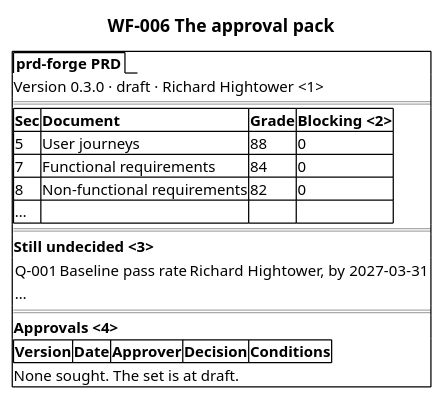
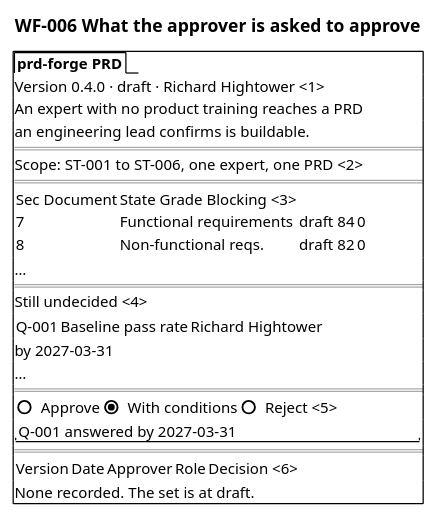
The diagram in docs/prd/prd-forge/diagrams/WF-006.puml (SpillwaveSolutions/prd-forge), drawn with PlantUML before and after one commit. The commit also changed 44 other files, not shown here.

```diff
--- a/docs/prd/prd-forge/diagrams/WF-006.puml
+++ b/docs/prd/prd-forge/diagrams/WF-006.puml
@@ -1,27 +1,33 @@
 @startsalt
-title WF-006 The approval pack
+title WF-006 What the approver is asked to approve
 {+
   {/ <b>prd-forge PRD</b> }
-  Version 0.3.0 · draft · Richard Hightower <1>
+  Version 0.4.0 · draft · Richard Hightower <1>
+  An expert with no product training reaches a PRD
+  an engineering lead confirms is buildable.
   ==
-  {#
-    <b>Sec | <b>Document | <b>Grade | <b>Blocking <2>
-    5 | User journeys | 88 | 0
-    7 | Functional requirements | 84 | 0
-    8 | Non-functional requirements | 82 | 0
-    … | . | . | .
+  Scope: ST-001 to ST-006, one expert, one PRD <2>
+  ==
+  {
+    Sec Document | State Grade Blocking <3>
+    7 | Functional requirements | draft 84 | 0
+    8 | Non-functional reqs. | draft 82 | 0
   }
+  …
   ==
-  <b>Still undecided <3>
+  Still undecided <4>
   {
-    Q-001 | Baseline pass rate | Richard Hightower, by 2027-03-31
-    … | . | .
+    Q-001 | Baseline pass rate | Richard Hightower
   }
+  by 2027-03-31
+  …
   ==
-  <b>Approvals <4>
-  {#
-    <b>Version | <b>Date | <b>Approver | <b>Decision | <b>Conditions
+  { () Approve | (X) With conditions | () Reject <5> }
+  "Q-001 answered by 2027-03-31            "
+  ==
+  {
+    Version | Date | Approver | Role | Decision <6>
   }
-  None sought. The set is at draft.
+  None recorded. The set is at draft.
 }
 @endsalt
```
